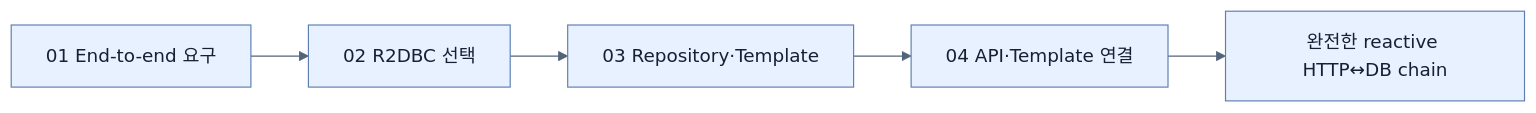
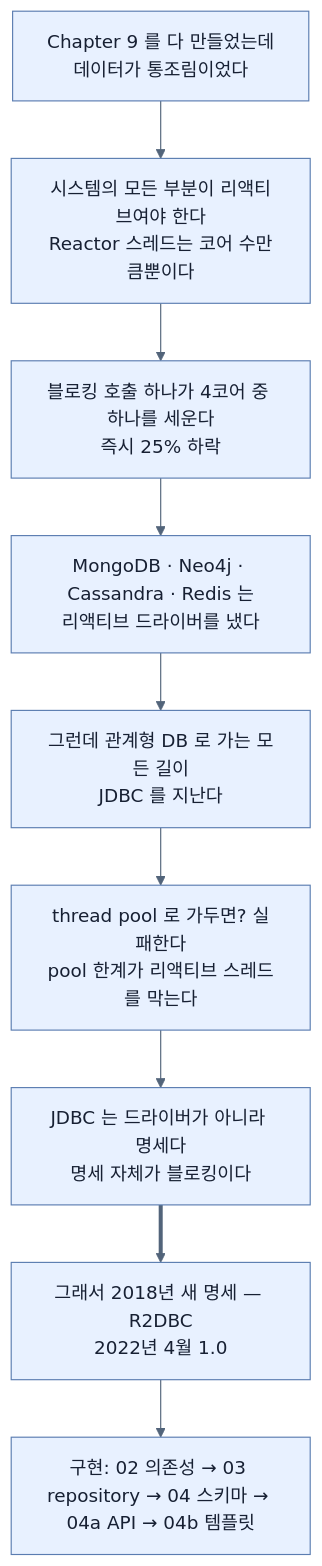
Before and after one commit to sing-u8/Learning_Spring_Boot_4: the first of 2 diagrams in spring-boot-4-pdf-notes/part-4-scaling-an-application-with-spring-boot/chapter-10-working-with-data-reactively/_map.md, drawn with Mermaid. The commit also changed other lines of this file and 253 other files, not shown here.

````diff
--- a/spring-boot-4-pdf-notes/part-4-scaling-an-application-with-spring-boot/chapter-10-working-with-data-reactively/_map.md
+++ b/spring-boot-4-pdf-notes/part-4-scaling-an-application-with-spring-boot/chapter-10-working-with-data-reactively/_map.md
@@ -3,8 +9,14 @@
 ```mermaid
 %%{init: {'theme': 'base', 'themeVariables': {'background': '#ffffff', 'primaryColor': '#e8f1ff', 'primaryTextColor': '#172033', 'primaryBorderColor': '#5b7db1', 'lineColor': '#52647a', 'secondaryColor': '#f7fbff', 'tertiaryColor': '#fff7df'}}}%%
-flowchart LR
-    E[01 End-to-end 요구] --> R[02 R2DBC 선택]
-    R --> P[03 Repository·Template]
-    P --> W[04 API·Template 연결]
-    W --> H[완전한 reactive HTTP↔DB chain]
+flowchart TB
+    S1["Chapter 9 를 다 만들었는데<br/>데이터가 통조림이었다"]
+    S1 --> S2["시스템의 모든 부분이 리액티브여야 한다<br/>Reactor 스레드는 코어 수만큼뿐이다"]
+    S2 --> S3["블로킹 호출 하나가 4코어 중 하나를 세운다<br/>즉시 25% 하락"]
+    S3 --> S4["MongoDB · Neo4j · Cassandra · Redis 는<br/>리액티브 드라이버를 냈다"]
+    S4 --> S5["그런데 관계형 DB 로 가는 모든 길이<br/>JDBC 를 지난다"]
+    S5 --> S6["thread pool 로 가두면? 실패한다<br/>pool 한계가 리액티브 스레드를 막는다"]
+    S6 --> S7["JDBC 는 드라이버가 아니라 명세다<br/>명세 자체가 블로킹이다"]
+    S7 ==> S8["그래서 2018년 새 명세 — R2DBC<br/>2022년 4월 1.0"]
+
+    S8 --> IMPL["구현: 02 의존성 → 03 repository → 04 스키마 → 04a API → 04b 템플릿"]
 ```
````
